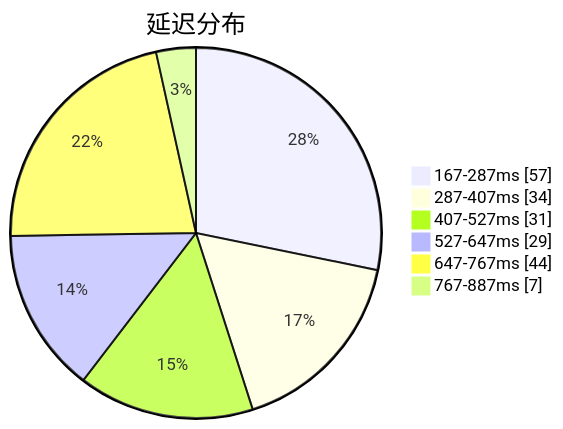
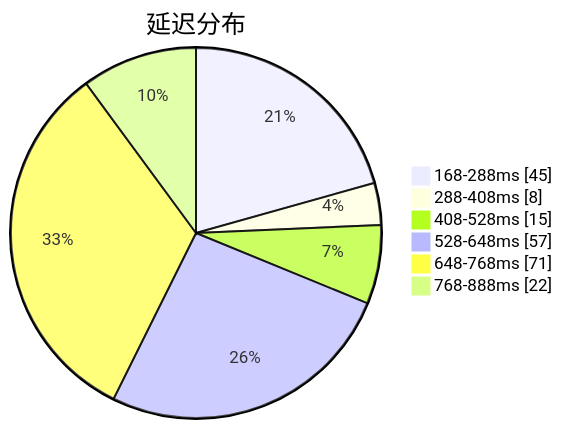
The first of 3 diagrams in subs/statistics/tested_within.md (qjlxg/airport), drawn with Mermaid before and after one commit. The commit also changed other lines of this file and 2 other files, not shown here.

````diff
--- a/subs/statistics/tested_within.md
+++ b/subs/statistics/tested_within.md
@@ -2,10 +2,10 @@
 ```mermaid
 pie showData
 title 延迟分布
-"167-287ms" : 57
-"287-407ms" : 34
-"407-527ms" : 31
-"527-647ms" : 29
-"647-767ms" : 44
-"767-887ms" : 7
+"168-288ms" : 45
+"288-408ms" : 8
+"408-528ms" : 15
+"528-648ms" : 57
+"648-768ms" : 71
+"768-888ms" : 22
 ```
````
